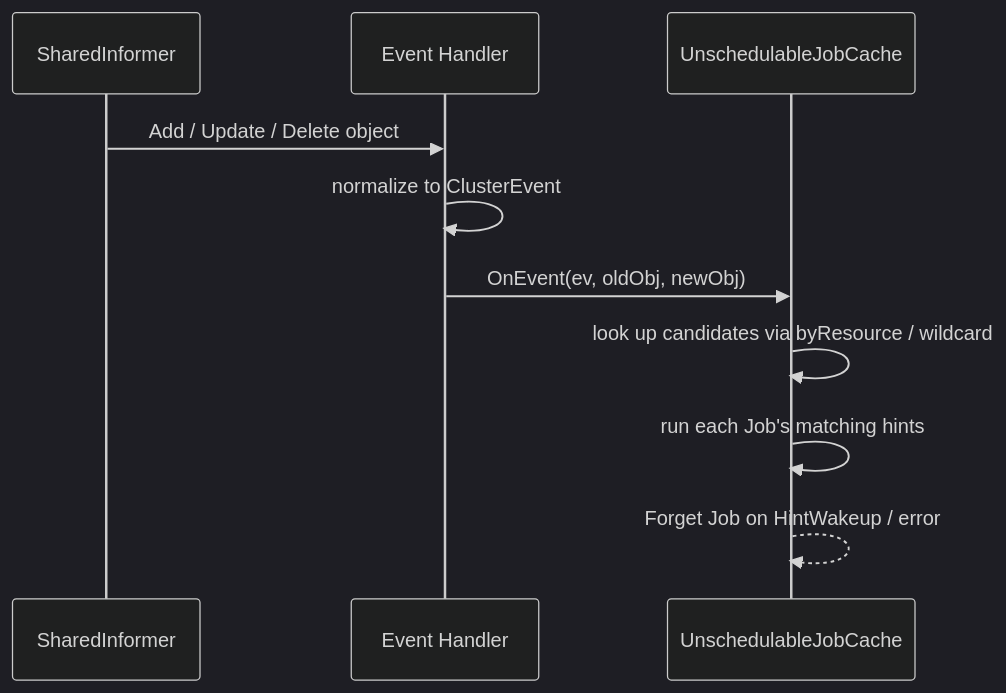
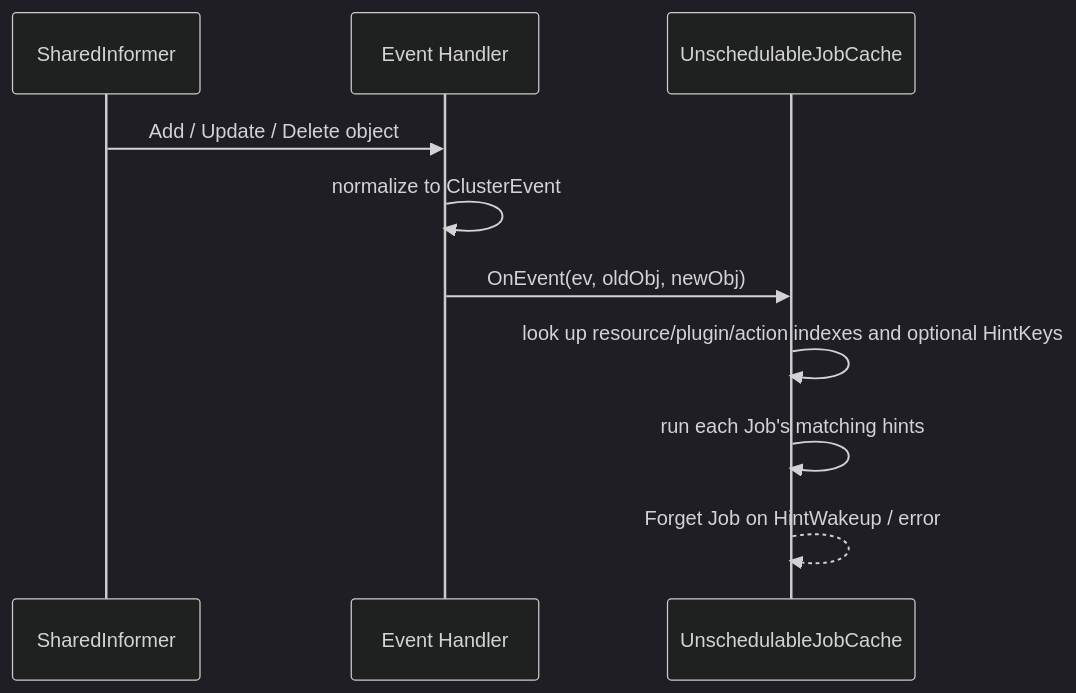
Before and after one commit to volcano-sh/volcano: the second of 4 diagrams in docs/design/unschedulable-job-cache.md, drawn with Mermaid (dark theme). The commit also changed other lines of this file, not shown here.

Commit message:
docs: describe unschedulable cache secondary indexes

````diff
--- a/docs/design/unschedulable-job-cache.md
+++ b/docs/design/unschedulable-job-cache.md
@@ -682,13 +1002,13 @@
 ```mermaid
 sequenceDiagram
     participant Informer as SharedInformer
     participant Dispatch as Event Handler
     participant UJC as UnschedulableJobCache
 
     Informer->>Dispatch: Add / Update / Delete object
     Dispatch->>Dispatch: normalize to ClusterEvent
     Dispatch->>UJC: OnEvent(ev, oldObj, newObj)
-    UJC->>UJC: look up candidates via byResource / wildcard
+    UJC->>UJC: look up resource/plugin/action indexes and optional HintKeys
     UJC->>UJC: run each Job's matching hints
     UJC-->>UJC: Forget Job on HintWakeup / error
 ```
````
